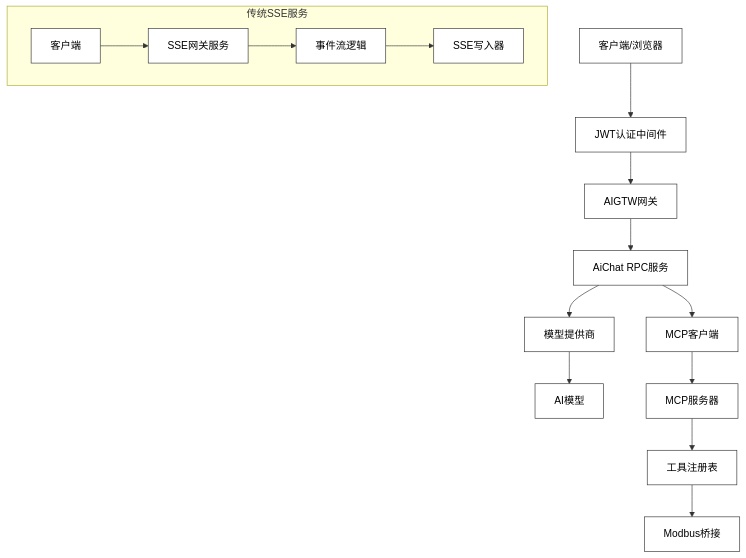
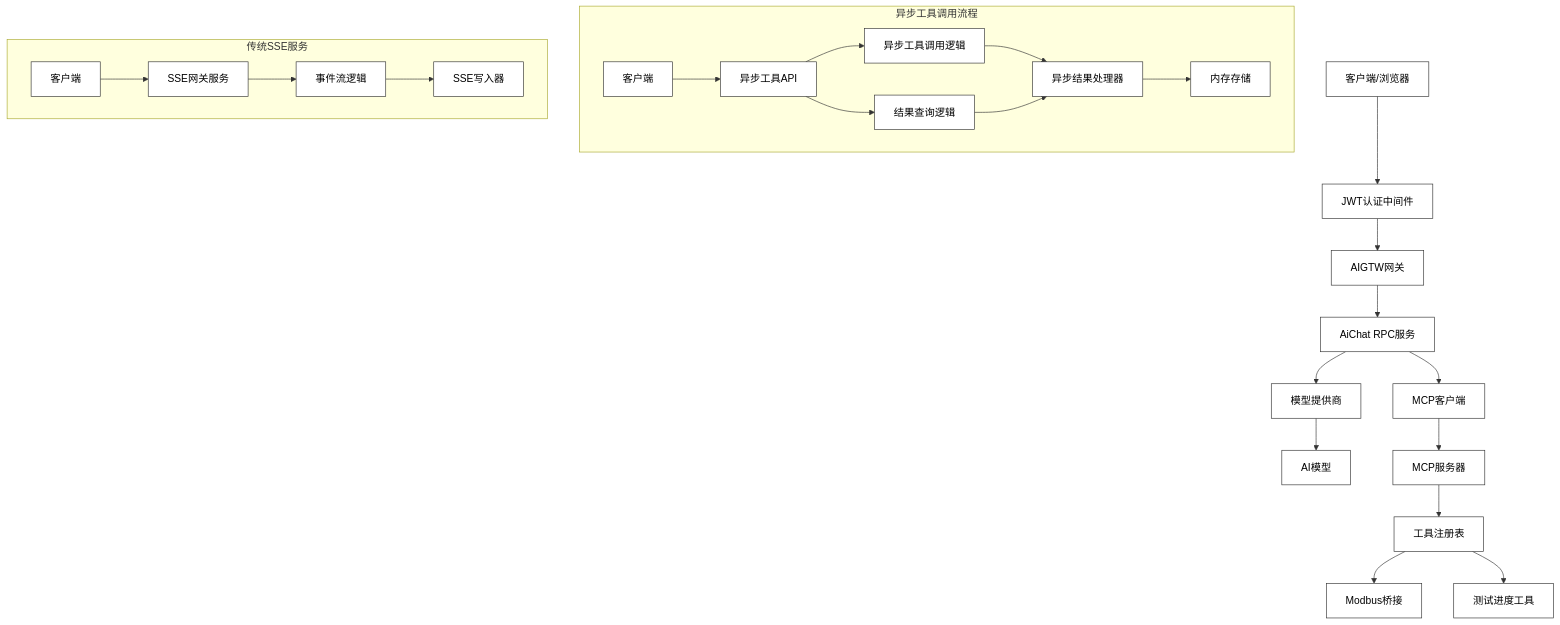
The second of 9 diagrams in .qoder/repowiki/zh/content/AI应用模块/AI应用模块.md (maomao94/zero-service), drawn with Mermaid before and after one commit. The commit also changed other lines of this file and 42 other files, not shown here.

````diff
--- a/.qoder/repowiki/zh/content/AI应用模块/AI应用模块.md
+++ b/.qoder/repowiki/zh/content/AI应用模块/AI应用模块.md
@@ -187,18 +223,27 @@
 ```mermaid
 graph TB
 Client["客户端/浏览器"] --> JWT["JWT认证中间件"]
 JWT --> Gateway["AIGTW网关"]
 Gateway --> RPC["AiChat RPC服务"]
 RPC --> Provider["模型提供商"]
 Provider --> Model["AI模型"]
 RPC --> MCPClient["MCP客户端"]
 MCPClient --> MCP["MCP服务器"]
 MCP --> Tools["工具注册表"]
 Tools --> Modbus["Modbus桥接"]
+Tools --> TestProgress["测试进度工具"]
+subgraph "异步工具调用流程"
+Client2["客户端"] --> AsyncAPI["异步工具API"]
+AsyncAPI --> AsyncLogic["异步工具调用逻辑"]
+AsyncLogic --> AsyncHandler["异步结果处理器"]
+AsyncHandler --> MemoryStore["内存存储"]
+AsyncAPI --> ResultQuery["结果查询逻辑"]
+ResultQuery --> AsyncHandler
+end
 subgraph "传统SSE服务"
-Client2["客户端"] --> SSE["SSE网关服务"]
+Client3["客户端"] --> SSE["SSE网关服务"]
 SSE --> Logic["事件流逻辑"]
 Logic --> Writer["SSE写入器"]
 end
 classDef default fill:#fff,stroke:#333,color:#000
 ```
````
